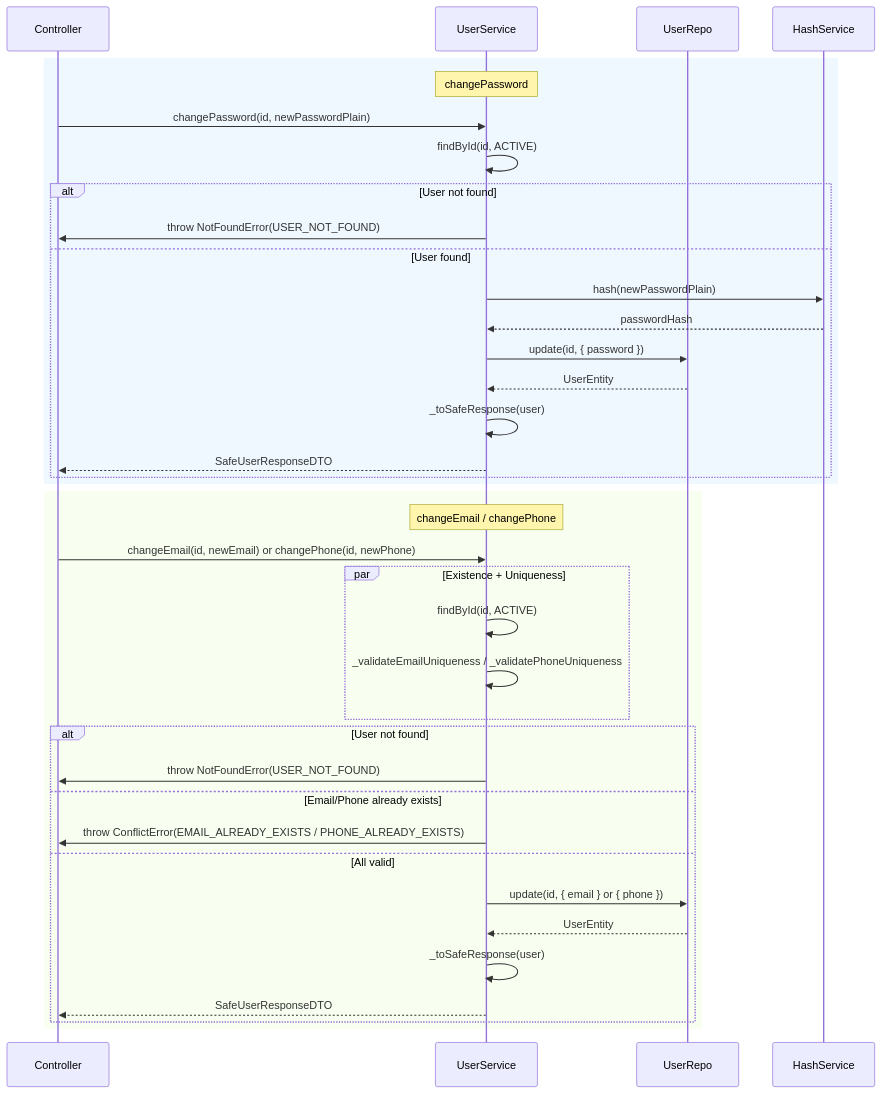
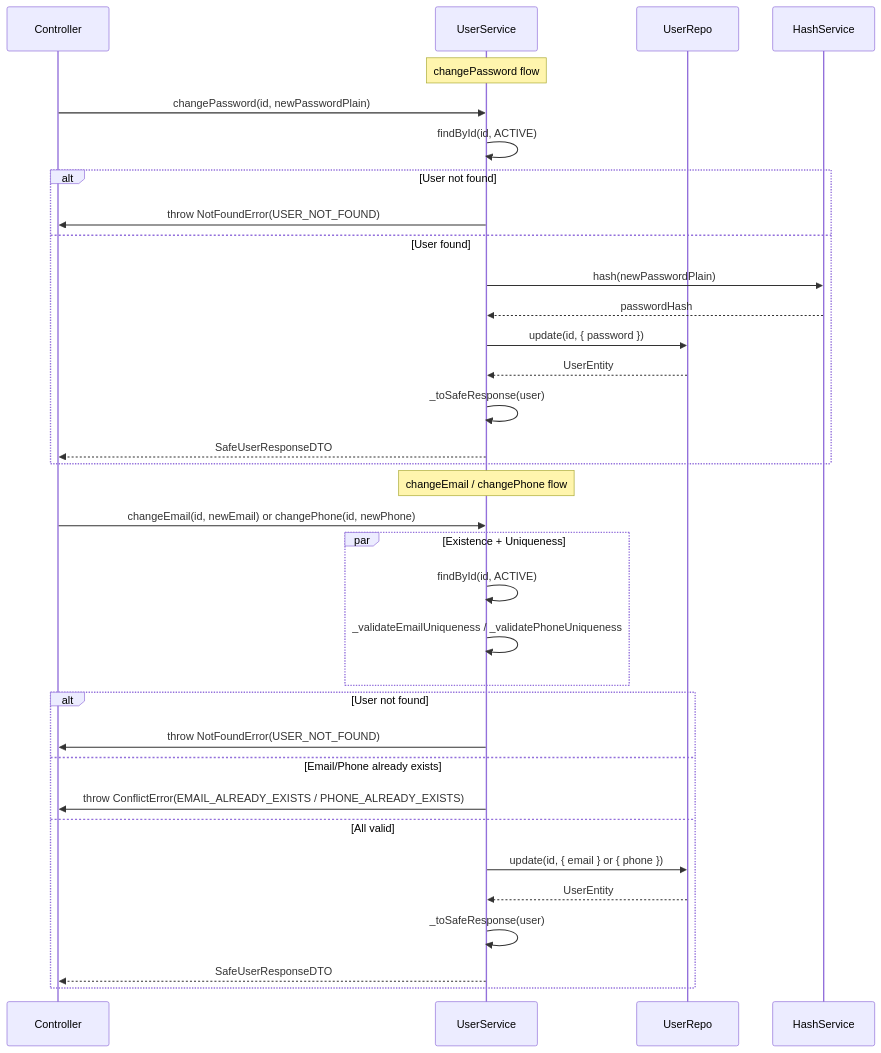
The fifth of 8 diagrams in server/src/modules/users/README.md (SangHynh/atomecom), drawn with Mermaid before and after one commit. The commit also changed other lines of this file, not shown here.

Commit message:
fix(docs): fix user module docs

````diff
--- a/server/src/modules/users/README.md
+++ b/server/src/modules/users/README.md
@@ -155,42 +155,38 @@
 ```mermaid
 sequenceDiagram
     participant C as Controller
     participant S as UserService
     participant R as UserRepo
     participant H as HashService
 
-    rect rgb(240, 248, 255)
-        Note over S: changePassword
-        C->>S: changePassword(id, newPasswordPlain)
-        S->>S: findById(id, ACTIVE)
-        alt User not found
-            S->>C: throw NotFoundError(USER_NOT_FOUND)
-        else User found
-            S->>H: hash(newPasswordPlain)
-            H-->>S: passwordHash
-            S->>R: update(id, { password })
-            R-->>S: UserEntity
-            S->>S: _toSafeResponse(user)
-            S-->>C: SafeUserResponseDTO
-        end
+    Note over S: changePassword flow
+    C->>S: changePassword(id, newPasswordPlain)
+    S->>S: findById(id, ACTIVE)
+    alt User not found
+        S->>C: throw NotFoundError(USER_NOT_FOUND)
+    else User found
+        S->>H: hash(newPasswordPlain)
+        H-->>S: passwordHash
+        S->>R: update(id, { password })
+        R-->>S: UserEntity
+        S->>S: _toSafeResponse(user)
+        S-->>C: SafeUserResponseDTO
     end
 
-    rect rgb(248, 255, 240)
-        Note over S: changeEmail / changePhone
-        C->>S: changeEmail(id, newEmail) or changePhone(id, newPhone)
-        par Existence + Uniqueness
-            S->>S: findById(id, ACTIVE)
-            S->>S: _validateEmailUniqueness / _validatePhoneUniqueness
-        end
-        alt User not found
-            S->>C: throw NotFoundError(USER_NOT_FOUND)
-        else Email/Phone already exists
-            S->>C: throw ConflictError(EMAIL_ALREADY_EXISTS / PHONE_ALREADY_EXISTS)
-        else All valid
-            S->>R: update(id, { email } or { phone })
-            R-->>S: UserEntity
-            S->>S: _toSafeResponse(user)
-            S-->>C: SafeUserResponseDTO
-        end
+    Note over S: changeEmail / changePhone flow
+    C->>S: changeEmail(id, newEmail) or changePhone(id, newPhone)
+    par Existence + Uniqueness
+        S->>S: findById(id, ACTIVE)
+        S->>S: _validateEmailUniqueness / _validatePhoneUniqueness
+    end
+    alt User not found
+        S->>C: throw NotFoundError(USER_NOT_FOUND)
+    else Email/Phone already exists
+        S->>C: throw ConflictError(EMAIL_ALREADY_EXISTS / PHONE_ALREADY_EXISTS)
+    else All valid
+        S->>R: update(id, { email } or { phone })
+        R-->>S: UserEntity
+        S->>S: _toSafeResponse(user)
+        S-->>C: SafeUserResponseDTO
     end
 ```
````
